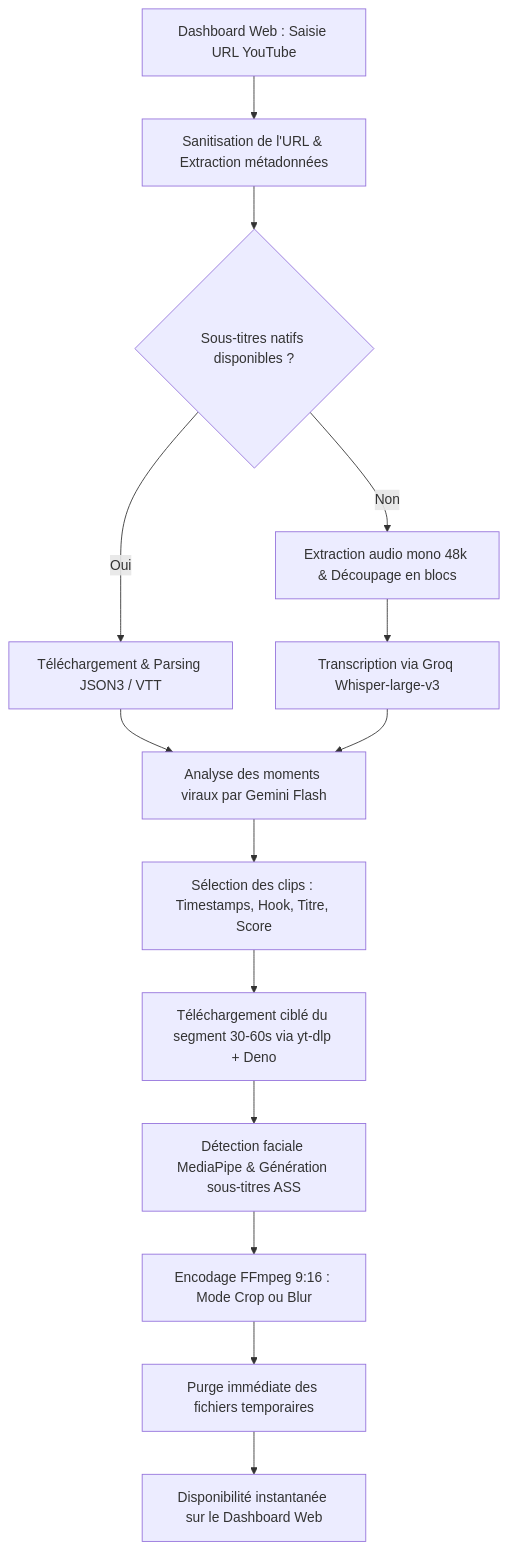
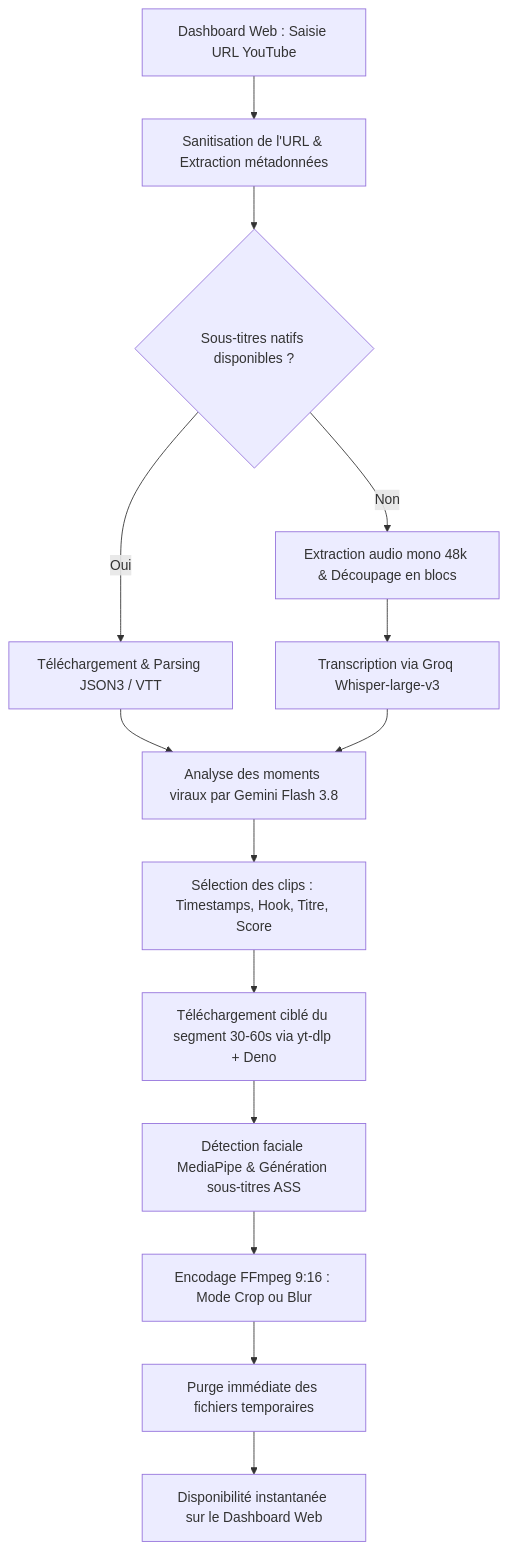
Before and after one commit to vicoescobar/youtube-short: the diagram in README.md, drawn with Mermaid. The commit also changed other lines of this file and 1 other file, not shown here.

Commit message:
feat: changed to gemini 3.8-flash

````diff
--- a/README.md
+++ b/README.md
@@ -72,16 +72,16 @@
 ```mermaid
 flowchart TD
     A[Dashboard Web : Saisie URL YouTube] --> B[Sanitisation de l'URL & Extraction métadonnées]
     B --> C{Sous-titres natifs disponibles ?}
     C -- Oui --> D[Téléchargement & Parsing JSON3 / VTT]
     C -- Non --> E[Extraction audio mono 48k & Découpage en blocs]
     E --> F[Transcription via Groq Whisper-large-v3]
-    D --> G[Analyse des moments viraux par Gemini Flash]
+    D --> G[Analyse des moments viraux par Gemini Flash 3.8]
     F --> G
     G --> H[Sélection des clips : Timestamps, Hook, Titre, Score]
     H --> I[Téléchargement ciblé du segment 30-60s via yt-dlp + Deno]
     I --> J[Détection faciale MediaPipe & Génération sous-titres ASS]
     J --> K[Encodage FFmpeg 9:16 : Mode Crop ou Blur]
     K --> L[Purge immédiate des fichiers temporaires]
     L --> M[Disponibilité instantanée sur le Dashboard Web]
 ```
````
